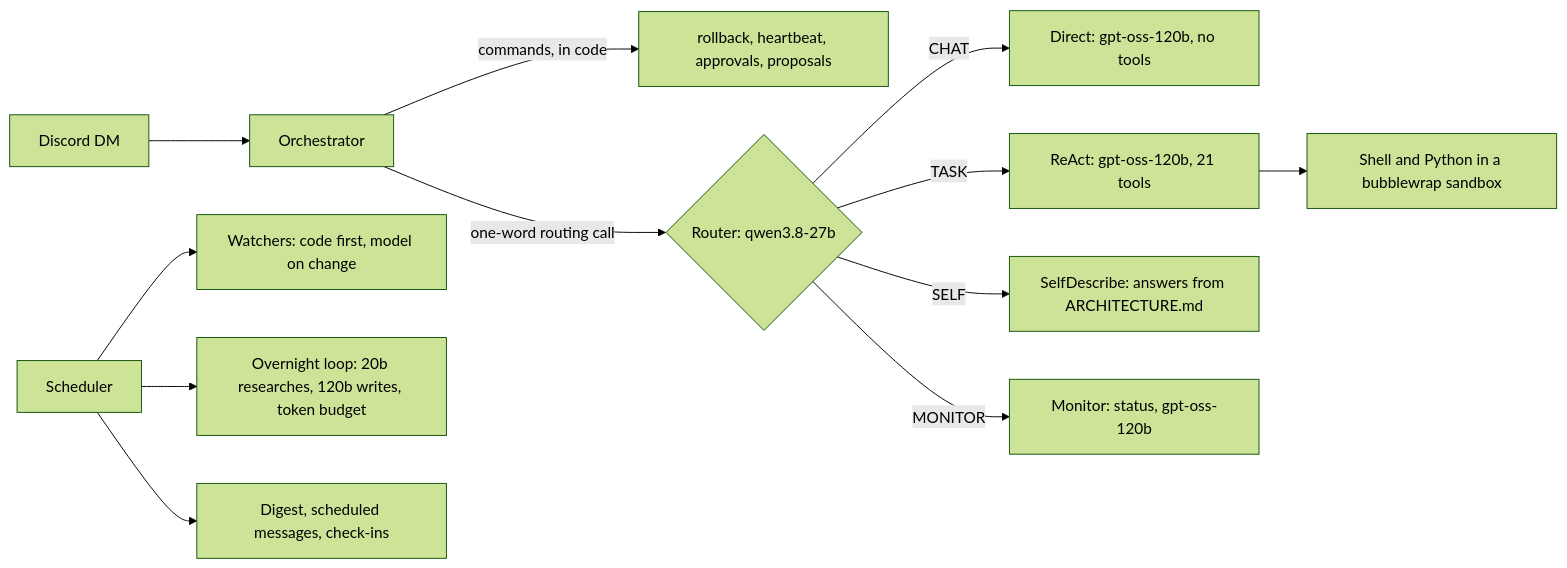
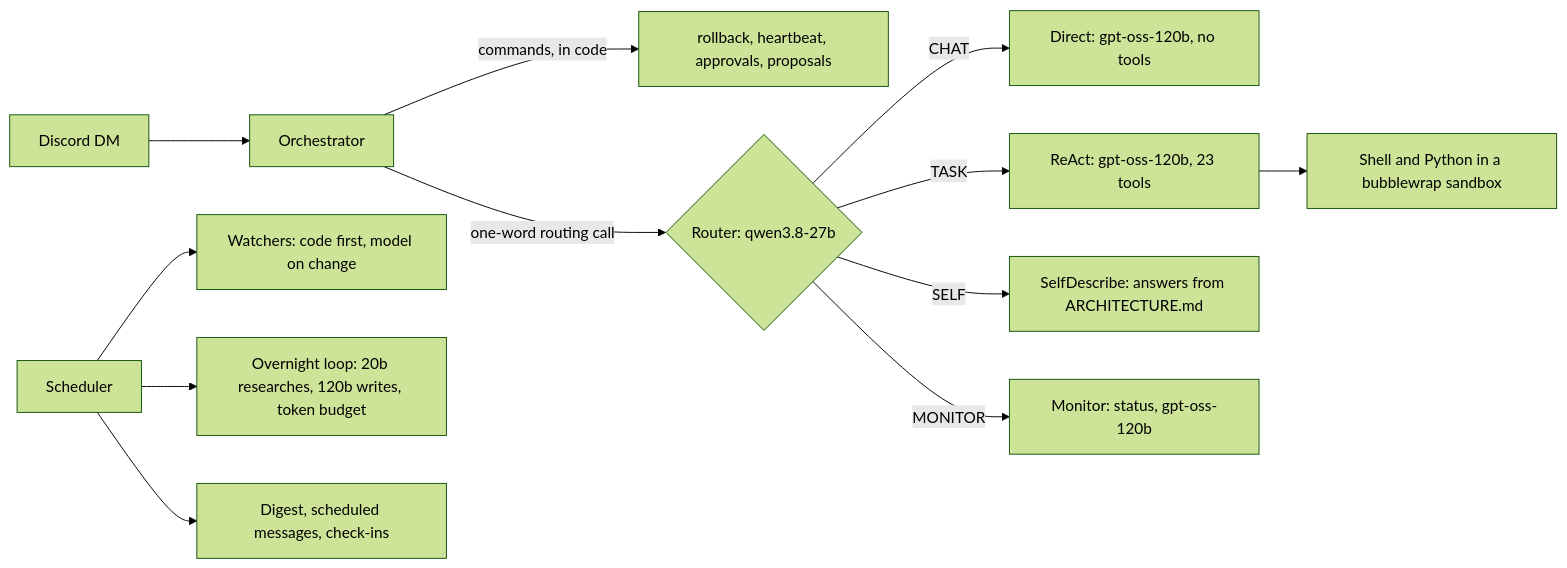
Before and after one commit to neoprimlabs/I.G.O.R.: the diagram in README.md, drawn with Mermaid (forest theme). The commit also changed other lines of this file and 23 other files, not shown here.

````diff
--- a/README.md
+++ b/README.md
@@ -33,14 +33,14 @@
 ```mermaid
 flowchart LR
     U["Discord DM"] --> O["Orchestrator"]
     O -->|"commands, in code"| K["rollback, heartbeat, approvals, proposals"]
     O -->|"one-word routing call"| R{"Router: qwen3.8-27b"}
     R -->|CHAT| D["Direct: gpt-oss-120b, no tools"]
-    R -->|TASK| A["ReAct: gpt-oss-120b, 21 tools"]
+    R -->|TASK| A["ReAct: gpt-oss-120b, 23 tools"]
     R -->|SELF| S["SelfDescribe: answers from ARCHITECTURE.md"]
     R -->|MONITOR| M["Monitor: status, gpt-oss-120b"]
     A --> B["Shell and Python in a bubblewrap sandbox"]
     J["Scheduler"] --> W["Watchers: code first, model on change"]
     J --> N["Overnight loop: 20b researches, 120b writes, token budget"]
     J --> G["Digest, scheduled messages, check-ins"]
 ```
````
